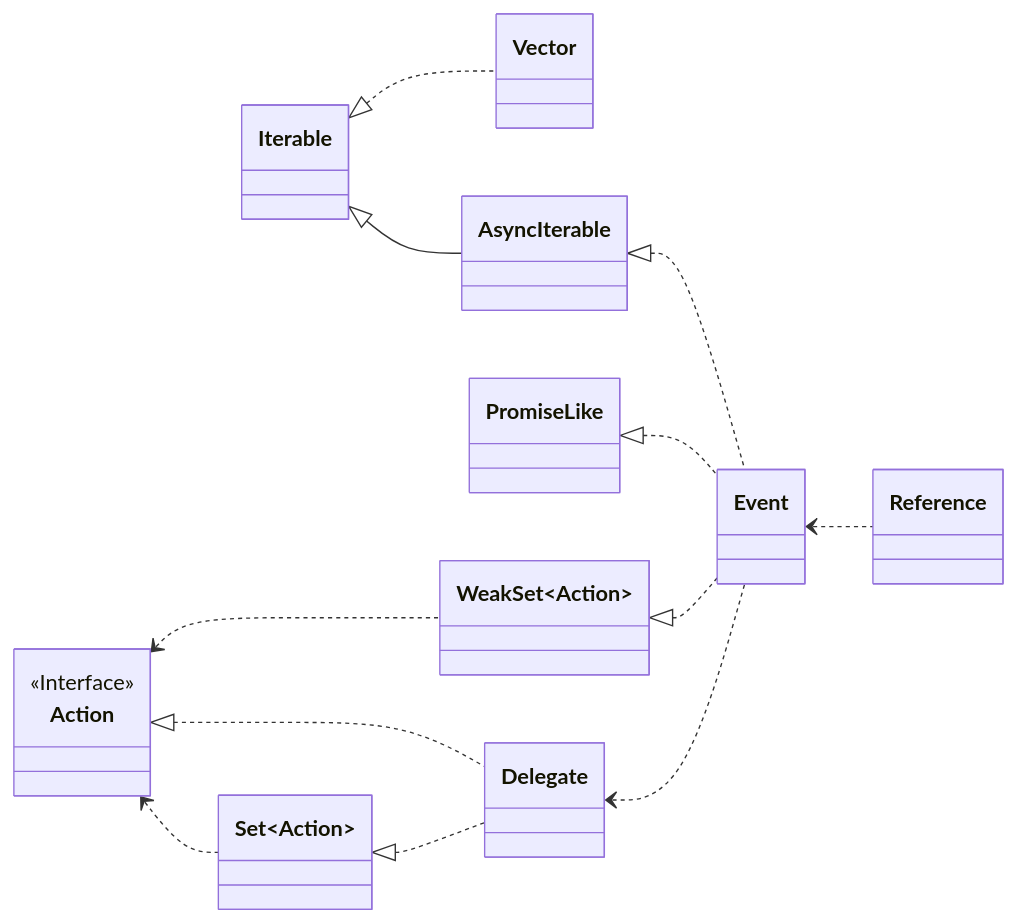
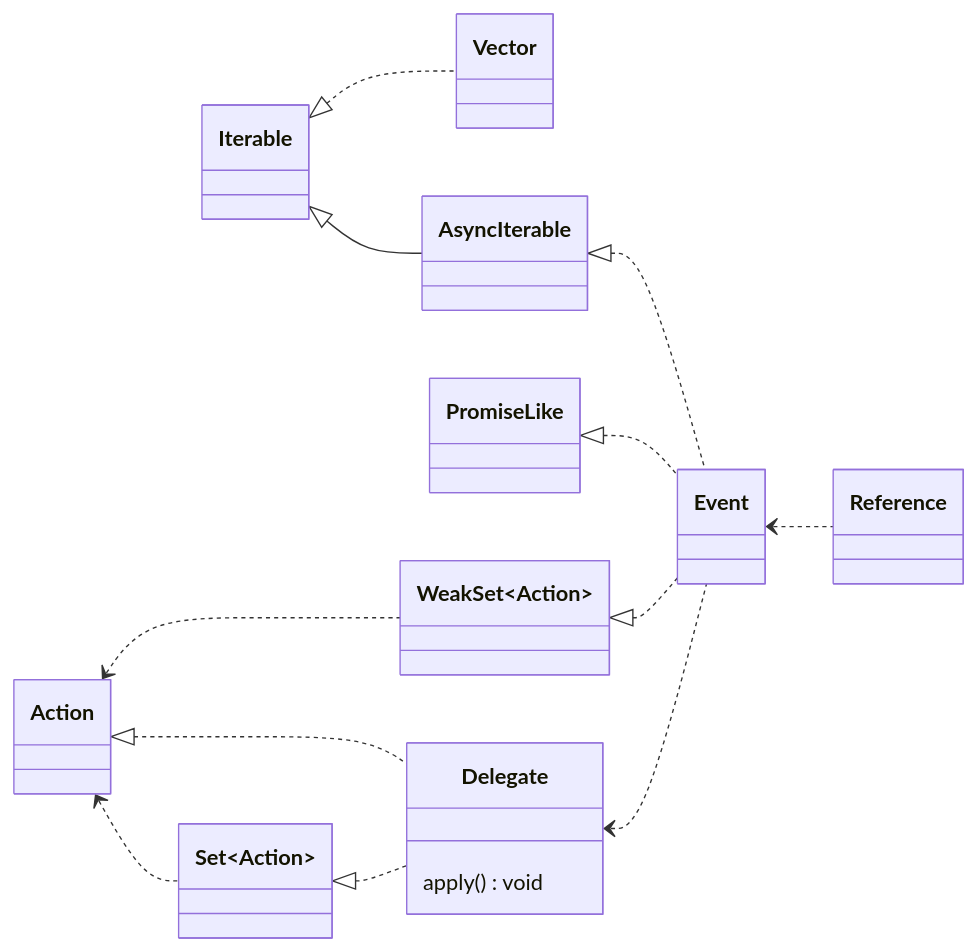
One commit to domrally/peekeasy changed the fourth of 4 diagrams in README.md. Above: the diagram before and after it, drawn with Mermaid.

````diff
--- a/README.md
+++ b/README.md
@@ -204,22 +204,23 @@
 ```mermaid
 classDiagram
     direction LR
     Iterable <|.. Vector
     Iterable <|-- AsyncIterable
     AsyncIterable <|.. Event
     PromiseLike <|.. Event
     WeakSet~Action~ <|.. Event
     Action <.. WeakSet~Action~
     Action <.. Set~Action~
     Action <|.. Delegate
     Set~Action~ <|.. Delegate
     Delegate <.. Event
     Event <.. Reference
-    class Action <<Interface>>
-    class Delegate
+    class Delegate {
+        apply() void
+    }
     link Delegate "https://github.com/domrally/peekeasy/blob/main/src/delegate.ts" "delegate.ts"
     class Event
     link Event "https://github.com/domrally/peekeasy/blob/main/src/event.ts" "event.ts"
     class Vector
     link Vector "https://github.com/domrally/peekeasy/blob/main/src/vector.ts" "vector.ts"
 ```
````
